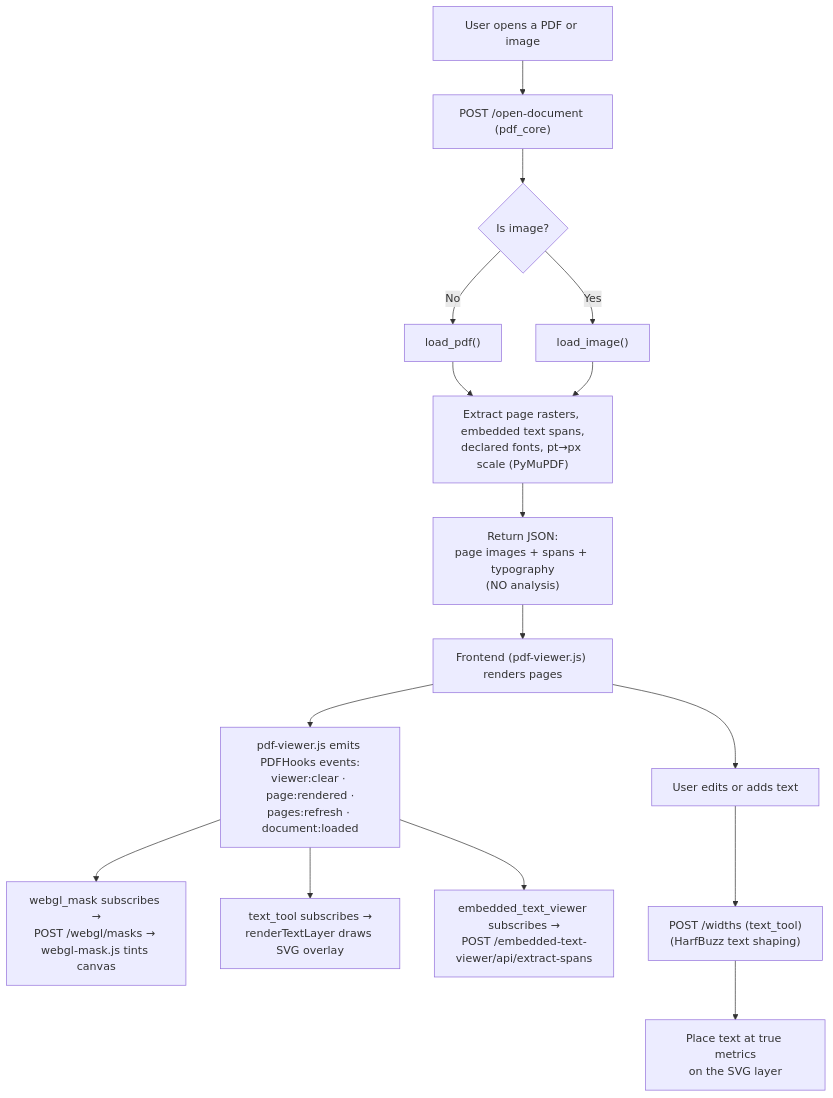
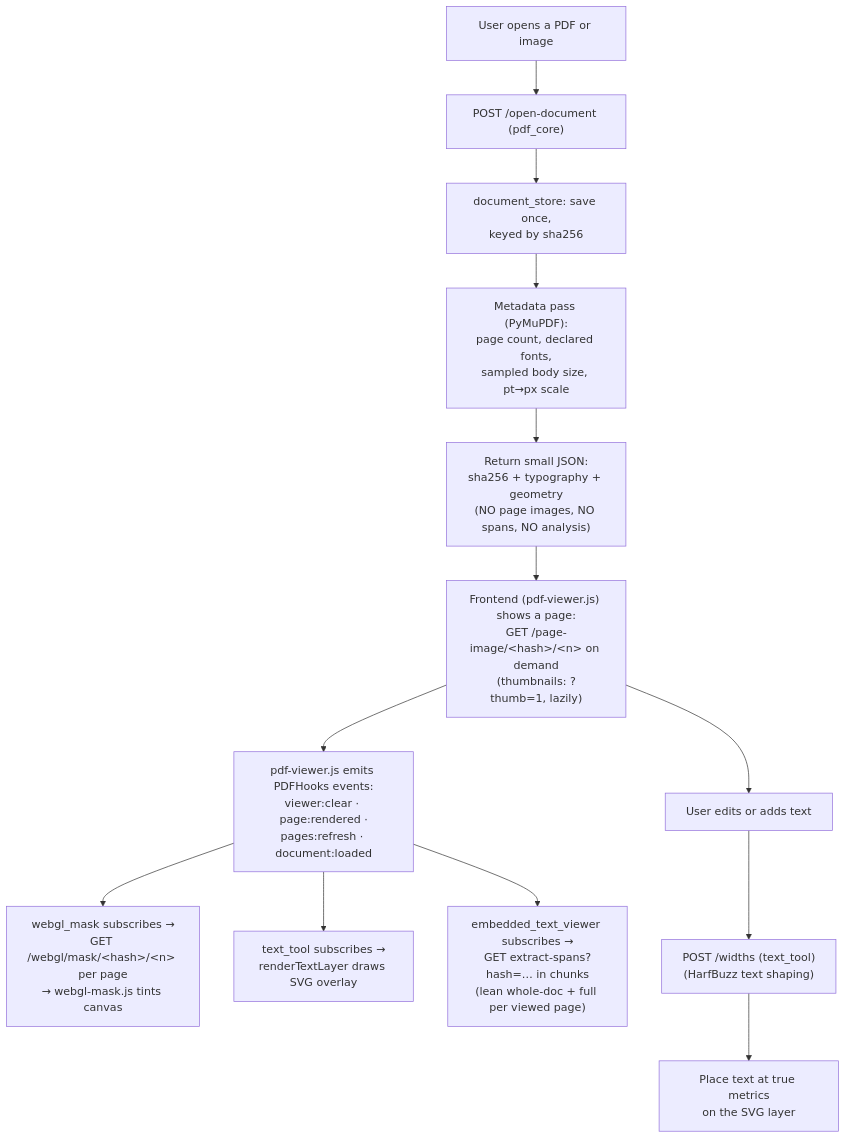
The first of 2 diagrams in guide/architecture/architecture-overview.md (JaguarM/Recto), drawn with Mermaid before and after one commit. The commit also changed other lines of this file and 44 other files, not shown here.

First line of the commit message:
Add doc store, lazy page images & webgl mask

````diff
--- a/guide/architecture/architecture-overview.md
+++ b/guide/architecture/architecture-overview.md
@@ -119,22 +120,18 @@
 ```mermaid
 flowchart TD
     A["User opens a PDF or image"] --> B["POST /open-document (pdf_core)"]
-    B --> C{"Is image?"}
-    C -->|Yes| D["load_image()"]
-    C -->|No| E["load_pdf()"]
+    B --> ST["document_store: save once,\nkeyed by sha256"]
+    ST --> F["Metadata pass (PyMuPDF):\npage count, declared fonts,\nsampled body size, pt→px scale"]
+    F --> I["Return small JSON:\nsha256 + typography + geometry\n(NO page images, NO spans, NO analysis)"]
 
-    E --> F["Extract page rasters, embedded text spans,\ndeclared fonts, pt→px scale (PyMuPDF)"]
-    D --> F
-    F --> I["Return JSON:\npage images + spans + typography\n(NO analysis)"]
-
-    I --> J["Frontend (pdf-viewer.js) renders pages"]
+    I --> J["Frontend (pdf-viewer.js) shows a page:\nGET /page-image/&lt;hash&gt;/&lt;n&gt; on demand\n(thumbnails: ?thumb=1, lazily)"]
     J --> HOOK["pdf-viewer.js emits PDFHooks events:\nviewer:clear · page:rendered ·\npages:refresh · document:loaded"]
 
-    HOOK --> O["webgl_mask subscribes →\nPOST /webgl/masks → webgl-mask.js tints canvas"]
+    HOOK --> O["webgl_mask subscribes →\nGET /webgl/mask/&lt;hash&gt;/&lt;n&gt; per page\n→ webgl-mask.js tints canvas"]
     HOOK --> TXT["text_tool subscribes →\nrenderTextLayer draws SVG overlay"]
-    HOOK --> ETVJS["embedded_text_viewer subscribes →\nPOST /embedded-text-viewer/api/extract-spans"]
+    HOOK --> ETVJS["embedded_text_viewer subscribes →\nGET extract-spans?hash=… in chunks\n(lean whole-doc + full per viewed page)"]
 
     J --> K["User edits or adds text"]
     K --> L["POST /widths (text_tool)\n(HarfBuzz text shaping)"]
     L --> M["Place text at true metrics\non the SVG layer"]
 ```
````
